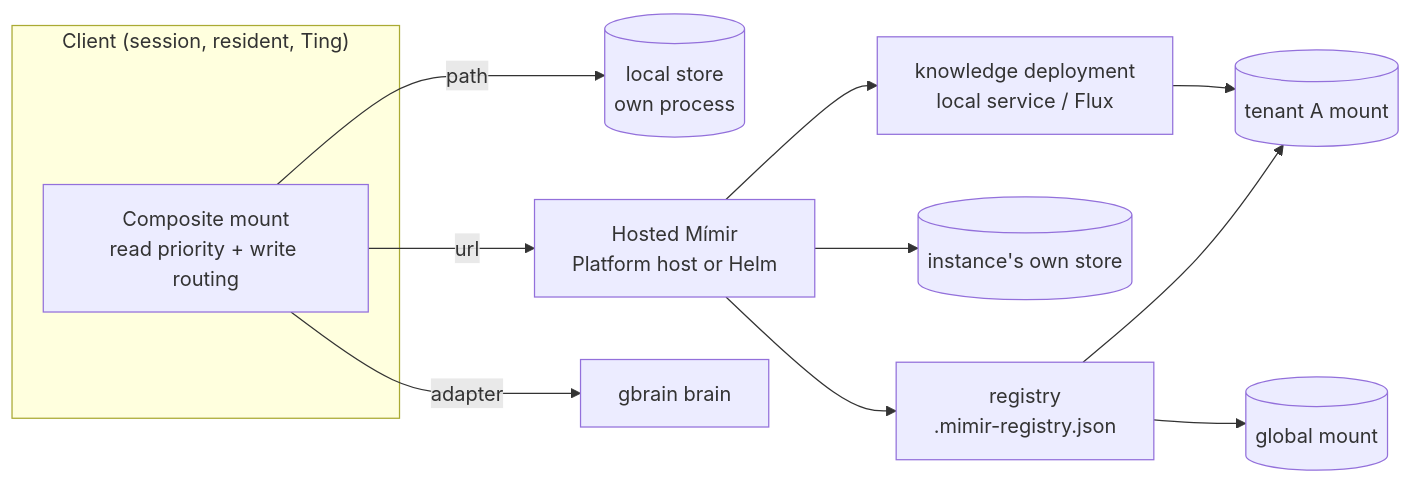
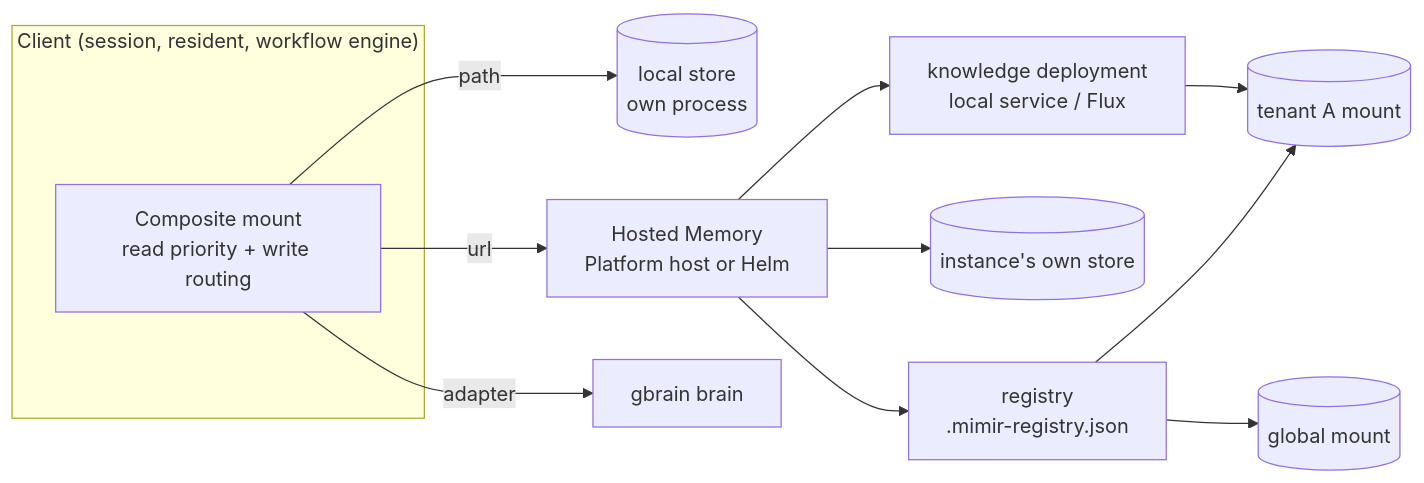
The diagram in docs/site/architecture/memory/mounts-and-tenants.md (niuulabs/niuu), drawn with Mermaid before and after one commit. The commit also changed other lines of this file and 65 other files, not shown here.

````diff
--- a/docs/site/architecture/memory/mounts-and-tenants.md
+++ b/docs/site/architecture/memory/mounts-and-tenants.md
@@ -25,15 +25,15 @@
 ```mermaid
 flowchart LR
-    subgraph Client["Client (session, resident, Ting)"]
+    subgraph Client["Client (session, resident, workflow engine)"]
       C[Composite mount<br/>read priority + write routing]
     end
     C -- path --> L[(local store<br/>own process)]
-    C -- url --> H[Hosted Mímir<br/>Platform host or Helm]
+    C -- url --> H[Hosted Memory<br/>Platform host or Helm]
     C -- adapter --> G[gbrain brain]
     H --> REG[registry<br/>.mimir-registry.json]
     H --> OWN[(instance's own store)]
     REG --> T1[(tenant A mount)]
     REG --> T2[(global mount)]
     H --> DEP[knowledge deployment<br/>local service / Flux]
     DEP --> T1
 ```
````
